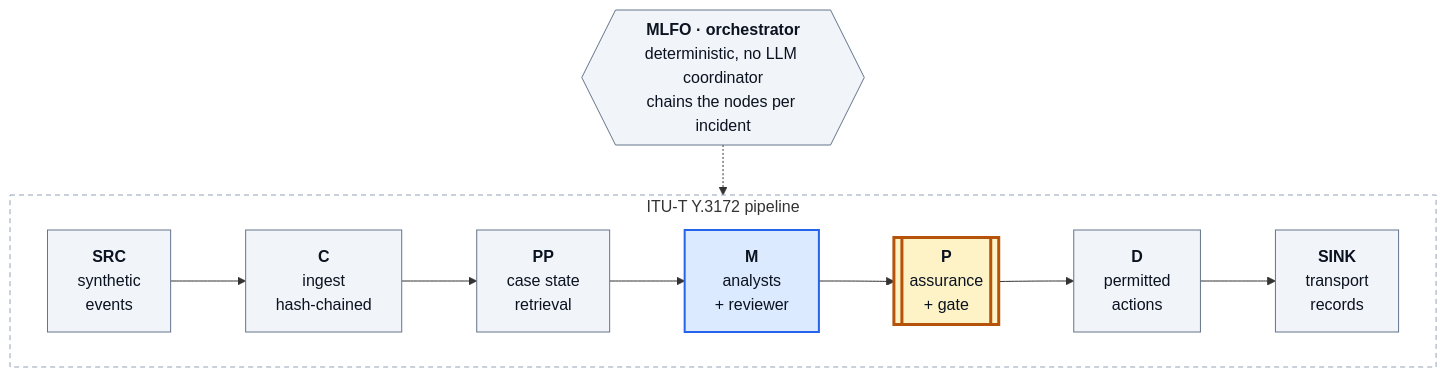
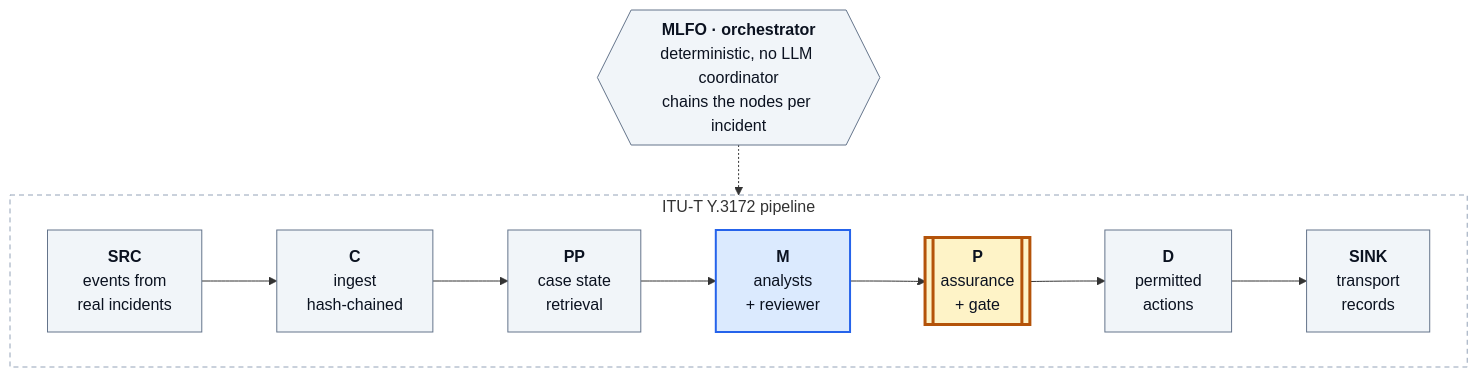
Before and after one commit to Shashwat-srivastav/ResultRelay-UAE: the third of 4 diagrams in README.md, drawn with Mermaid. The commit also changed other lines of this file and 3 other files, not shown here.

````diff
--- a/README.md
+++ b/README.md
@@ -289,23 +293,23 @@
 ```mermaid
 flowchart TB
     MLFO{{"<b>MLFO · orchestrator</b><br/>deterministic, no LLM coordinator<br/>chains the nodes per incident"}}
     subgraph PIPE["ITU-T Y.3172 pipeline"]
         direction LR
-        SRC["<b>SRC</b><br/>synthetic<br/>events"]
+        SRC["<b>SRC</b><br/>events from<br/>real incidents"]
         C["<b>C</b><br/>ingest<br/>hash-chained"]
         PP["<b>PP</b><br/>case state<br/>retrieval"]
         M["<b>M</b><br/>analysts<br/>+ reviewer"]
         P[["<b>P</b><br/>assurance<br/>+ gate"]]
         D["<b>D</b><br/>permitted<br/>actions"]
         SINK["<b>SINK</b><br/>transport<br/>records"]
         SRC --> C --> PP --> M --> P --> D --> SINK
     end
     MLFO -.-> PIPE
     classDef llm fill:#dbeafe,stroke:#2563eb,stroke-width:2px,color:#0b1220
     classDef code fill:#f1f5f9,stroke:#64748b,color:#0b1220
     classDef gate fill:#fef3c7,stroke:#b45309,stroke-width:3px,color:#0b1220
     class M llm
     class SRC,C,PP,D,SINK,MLFO code
     class P gate
     style PIPE fill:transparent,stroke:#94a3b8,stroke-dasharray:5 4
 ```
````
